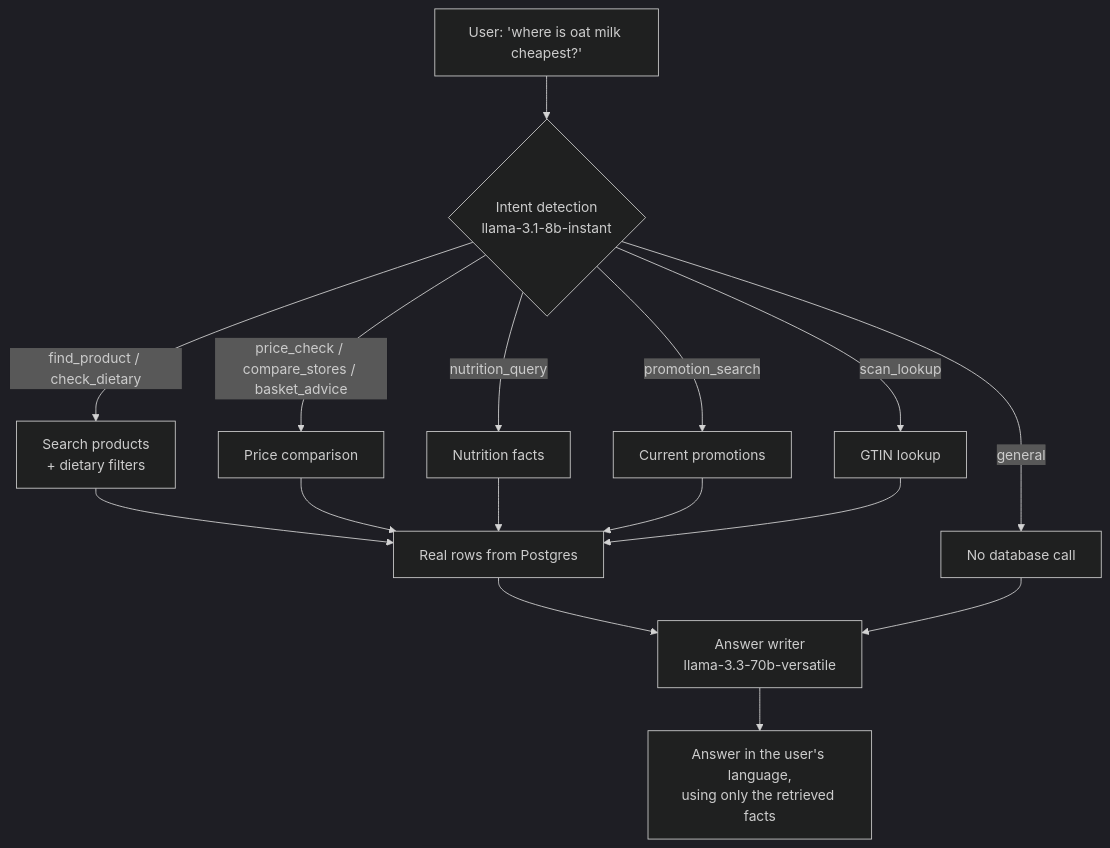
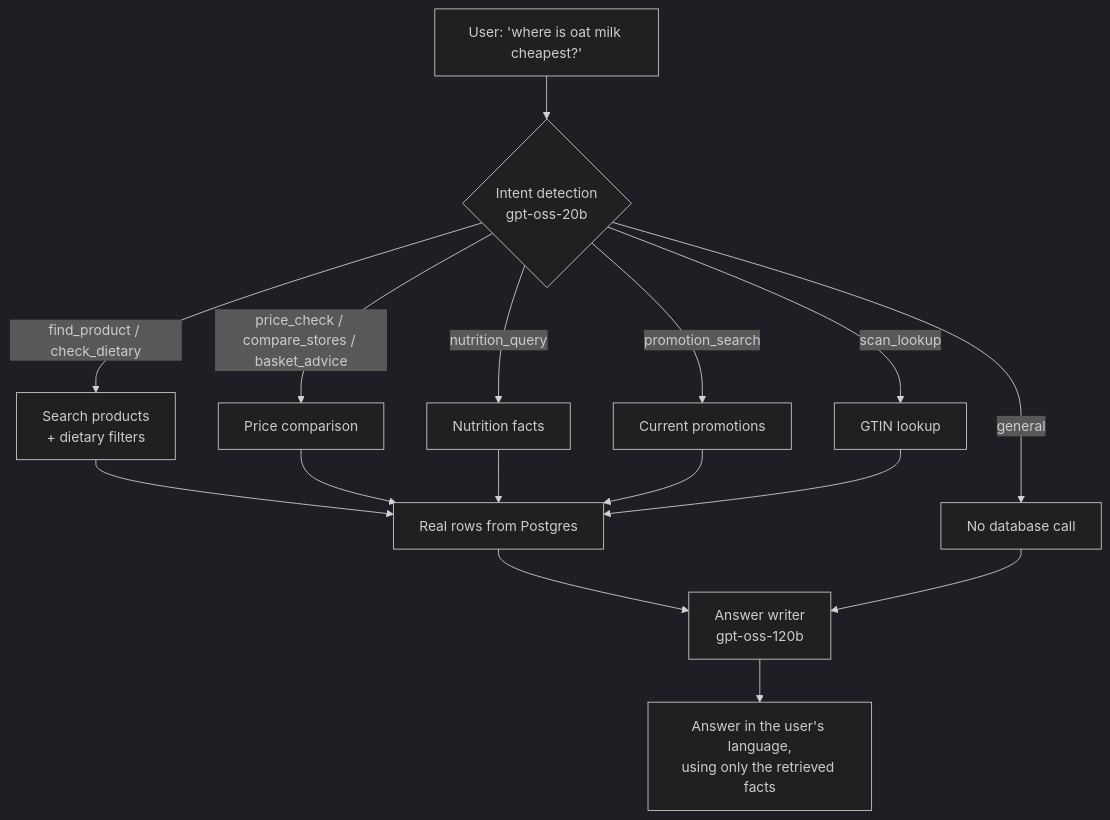
Before and after one commit to AbdulbariSoliman/wisemarket: the second of 2 diagrams in README.md, drawn with Mermaid (dark theme). The commit also changed other lines of this file and 8 other files, not shown here.

````diff
--- a/README.md
+++ b/README.md
@@ -82,14 +91,14 @@
 ```mermaid
 flowchart TD
-    Q["User: 'where is oat milk cheapest?'"] --> I{Intent detection<br/>llama-3.1-8b-instant}
+    Q["User: 'where is oat milk cheapest?'"] --> I{Intent detection<br/>gpt-oss-20b}
     I -->|find_product / check_dietary| T1[Search products<br/>+ dietary filters]
     I -->|price_check / compare_stores / basket_advice| T2[Price comparison]
     I -->|nutrition_query| T3[Nutrition facts]
     I -->|promotion_search| T4[Current promotions]
     I -->|scan_lookup| T5[GTIN lookup]
     I -->|general| T6[No database call]
     T1 & T2 & T3 & T4 & T5 --> R[Real rows from Postgres]
-    R --> W[Answer writer<br/>llama-3.3-70b-versatile]
+    R --> W[Answer writer<br/>gpt-oss-120b]
     T6 --> W
     W --> A["Answer in the user's language,<br/>using only the retrieved facts"]
 ```
````
